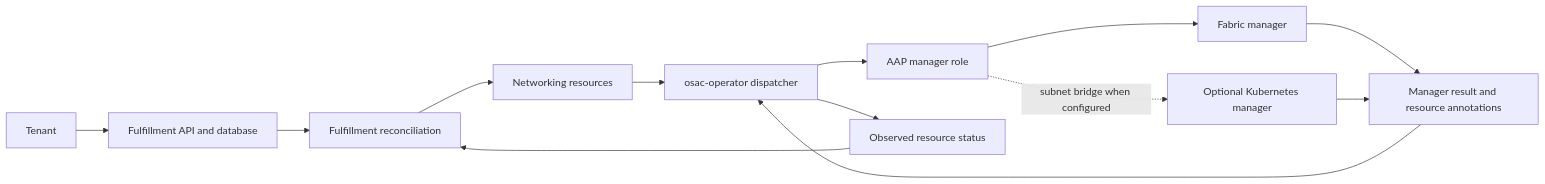
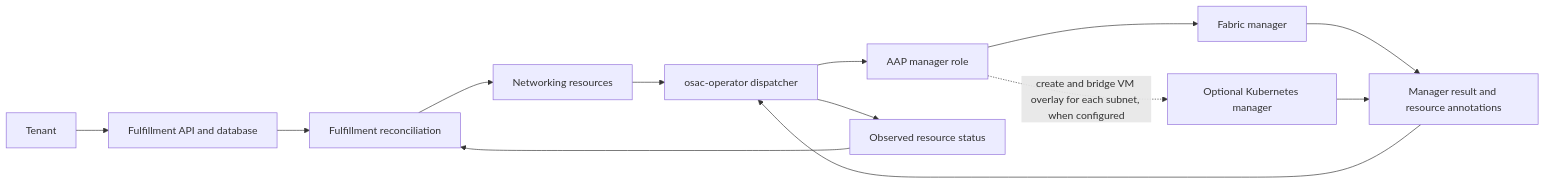
One commit to danmanor/enhancement-proposals changed the diagram in enhancements/OSAC-1433-unified-networking/design.md. Above: the diagram before and after it, drawn with Mermaid. The commit also changed other lines of this file, not shown here.

Commit message:
docs: clarify optional VM subnet bridge

````diff
--- a/enhancements/OSAC-1433-unified-networking/design.md
+++ b/enhancements/OSAC-1433-unified-networking/design.md
@@ -56,15 +56,15 @@
 ```mermaid
 flowchart LR
     Tenant --> API["Fulfillment API and database"]
     API --> Reconcile["Fulfillment reconciliation"]
     Reconcile --> Resources["Networking resources"]
     Resources --> Operator["osac-operator dispatcher"]
     Operator --> AAP["AAP manager role"]
     AAP --> Fabric["Fabric manager"]
-    AAP -. "subnet bridge when configured" .-> K8s["Optional Kubernetes manager"]
+    AAP -. "create and bridge VM overlay for each subnet, when configured" .-> K8s["Optional Kubernetes manager"]
     Fabric --> Result["Manager result and resource annotations"]
     K8s --> Result
     Result --> Operator
     Operator --> Status["Observed resource status"]
     Status --> Reconcile
 ```
````
